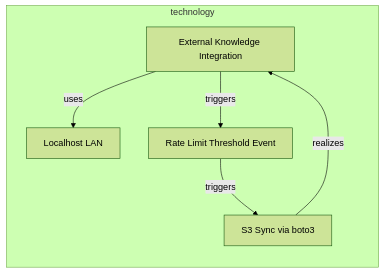
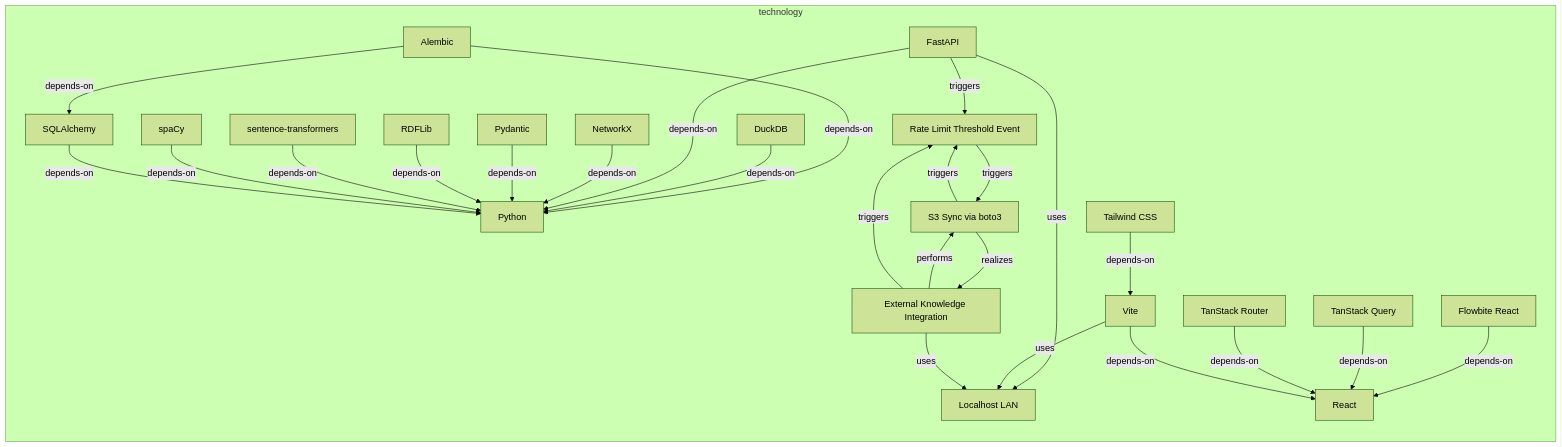
Before and after one commit to tinkermonkey/context-studio: the first of 2 diagrams in documentation-robotics/reports/05-technology-layer-report.md, drawn with Mermaid (forest theme). The commit also changed other lines of this file and 10 other files, not shown here.

First line of the commit message:
Ingest application, technology, data-model layers via dr-map/dr-relate

````diff
--- a/documentation-robotics/reports/05-technology-layer-report.md
+++ b/documentation-robotics/reports/05-technology-layer-report.md
@@ -24,13 +30,49 @@
 ```mermaid
 flowchart LR
   subgraph technology
     technology_communicationnetwork_localhost_lan["Localhost LAN"]
+    technology_systemsoftware_alembic["Alembic"]
+    technology_systemsoftware_duck_db["DuckDB"]
+    technology_systemsoftware_fast_api["FastAPI"]
+    technology_systemsoftware_flowbite_react["Flowbite React"]
+    technology_systemsoftware_network_x["NetworkX"]
+    technology_systemsoftware_pydantic["Pydantic"]
+    technology_systemsoftware_python["Python"]
+    technology_systemsoftware_rdflib["RDFLib"]
+    technology_systemsoftware_react["React"]
+    technology_systemsoftware_sentence_transformers["sentence-transformers"]
+    technology_systemsoftware_spa_cy["spaCy"]
+    technology_systemsoftware_sqlalchemy["SQLAlchemy"]
+    technology_systemsoftware_tailwind_css["Tailwind CSS"]
+    technology_systemsoftware_tan_stack_query["TanStack Query"]
+    technology_systemsoftware_tan_stack_router["TanStack Router"]
+    technology_systemsoftware_vite["Vite"]
     technology_technologycollaboration_external_knowledge_integration["External Knowledge Integration"]
     technology_technologyevent_rate_limit_threshold_event["Rate Limit Threshold Event"]
     technology_technologyinteraction_s3_sync_via_boto3["S3 Sync via boto3"]
+    technology_systemsoftware_alembic -->|depends-on| technology_systemsoftware_python
+    technology_systemsoftware_alembic -->|depends-on| technology_systemsoftware_sqlalchemy
+    technology_systemsoftware_duck_db -->|depends-on| technology_systemsoftware_python
+    technology_systemsoftware_fast_api -->|depends-on| technology_systemsoftware_python
+    technology_systemsoftware_fast_api -->|triggers| technology_technologyevent_rate_limit_threshold_event
+    technology_systemsoftware_fast_api -->|uses| technology_communicationnetwork_localhost_lan
+    technology_systemsoftware_flowbite_react -->|depends-on| technology_systemsoftware_react
+    technology_systemsoftware_network_x -->|depends-on| technology_systemsoftware_python
+    technology_systemsoftware_pydantic -->|depends-on| technology_systemsoftware_python
+    technology_systemsoftware_rdflib -->|depends-on| technology_systemsoftware_python
+    technology_systemsoftware_sentence_transformers -->|depends-on| technology_systemsoftware_python
+    technology_systemsoftware_spa_cy -->|depends-on| technology_systemsoftware_python
+    technology_systemsoftware_sqlalchemy -->|depends-on| technology_systemsoftware_python
+    technology_systemsoftware_tailwind_css -->|depends-on| technology_systemsoftware_vite
+    technology_systemsoftware_tan_stack_query -->|depends-on| technology_systemsoftware_react
+    technology_systemsoftware_tan_stack_router -->|depends-on| technology_systemsoftware_react
+    technology_systemsoftware_vite -->|depends-on| technology_systemsoftware_react
+    technology_systemsoftware_vite -->|uses| technology_communicationnetwork_localhost_lan
+    technology_technologycollaboration_external_knowledge_integration -->|performs| technology_technologyinteraction_s3_sync_via_boto3
     technology_technologycollaboration_external_knowledge_integration -->|triggers| technology_technologyevent_rate_limit_threshold_event
     technology_technologycollaboration_external_knowledge_integration -->|uses| technology_communicationnetwork_localhost_lan
     technology_technologyevent_rate_limit_threshold_event -->|triggers| technology_technologyinteraction_s3_sync_via_boto3
     technology_technologyinteraction_s3_sync_via_boto3 -->|realizes| technology_technologycollaboration_external_knowledge_integration
+    technology_technologyinteraction_s3_sync_via_boto3 -->|triggers| technology_technologyevent_rate_limit_threshold_event
   end
 ```
````
